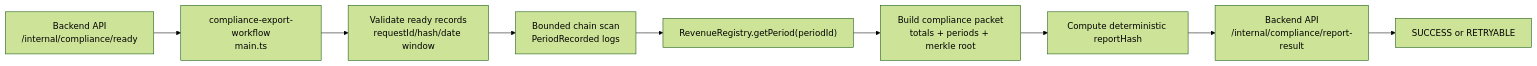
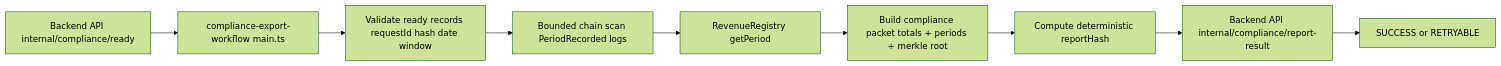
The diagram in oracle-CRE-Integrations/compliance-export-workflow/WORKFLOW_OVERVIEW.md (nour608/Zawyafi), drawn with Mermaid (forest theme) before and after one commit. The commit also changed 3 other files, not shown here.

Commit message:
docs: Refine workflow diagrams to use simplified Mermaid graph syntax and overhaul the main README with a detailed project overview.

````diff
--- a/oracle-CRE-Integrations/compliance-export-workflow/WORKFLOW_OVERVIEW.md
+++ b/oracle-CRE-Integrations/compliance-export-workflow/WORKFLOW_OVERVIEW.md
@@ -7,11 +7,11 @@
 ```mermaid
-flowchart LR
-  A["Backend API<br/>/internal/compliance/ready"] --> B["compliance-export-workflow<br/>main.ts"]
-  B --> C["Validate ready records<br/>requestId/hash/date window"]
-  C --> D["Bounded chain scan<br/>PeriodRecorded logs"]
-  D --> E["RevenueRegistry.getPeriod(periodId)"]
-  E --> F["Build compliance packet<br/>totals + periods + merkle root"]
-  F --> G["Compute deterministic reportHash"]
-  G --> H["Backend API<br/>/internal/compliance/report-result"]
-  H --> I["SUCCESS or RETRYABLE"]
+graph LR
+  A[Backend API internal/compliance/ready] --> B[compliance-export-workflow main.ts]
+  B --> C[Validate ready records requestId hash date window]
+  C --> D[Bounded chain scan PeriodRecorded logs]
+  D --> E[RevenueRegistry getPeriod]
+  E --> F[Build compliance packet totals + periods + merkle root]
+  F --> G[Compute deterministic reportHash]
+  G --> H[Backend API internal/compliance/report-result]
+  H --> I[SUCCESS or RETRYABLE]
 ```
````
